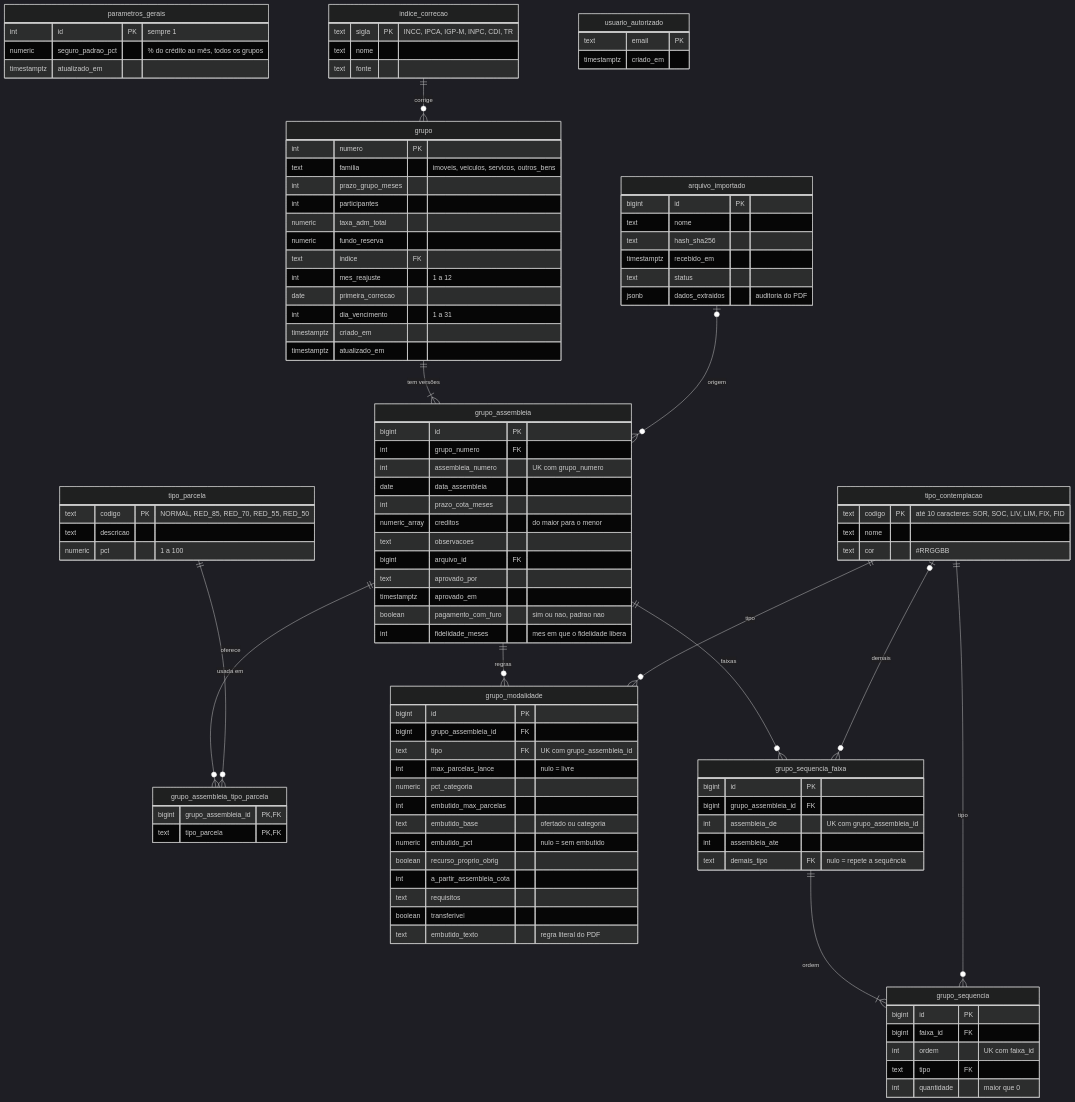
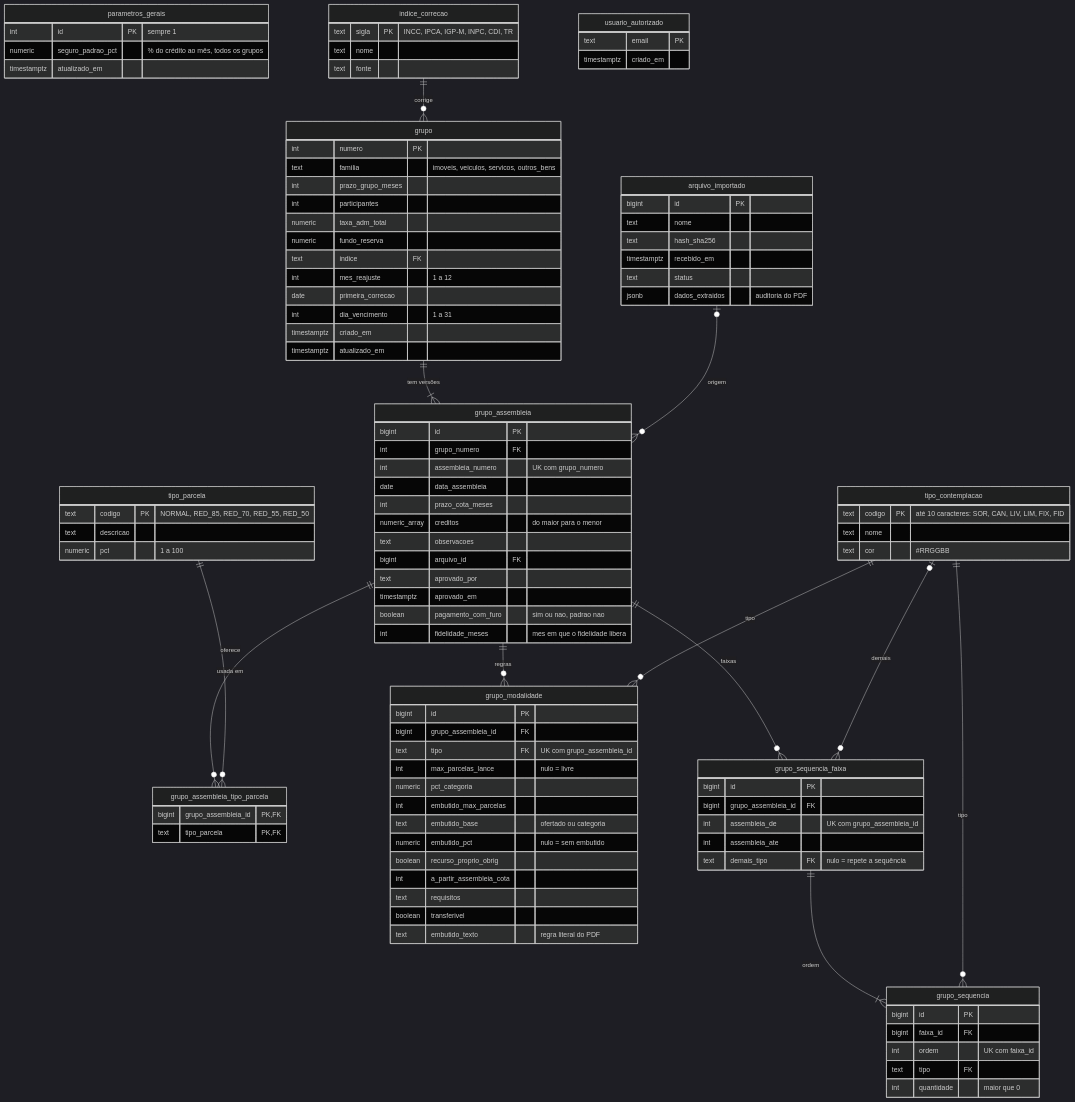
The diagram in docs/MER.md (vladimic/dinastia), drawn with Mermaid (dark theme) before and after one commit. The commit also changed other lines of this file and 12 other files, not shown here.

```diff
--- a/docs/MER.md
+++ b/docs/MER.md
@@ -22,7 +23,7 @@
     }
 
     tipo_contemplacao {
-        text codigo PK "até 10 caracteres: SOR, SOC, LIV, LIM, FIX, FID"
+        text codigo PK "até 10 caracteres: SOR, CAN, LIV, LIM, FIX, FID"
         text nome
         text cor "#RRGGBB"
     }
```
